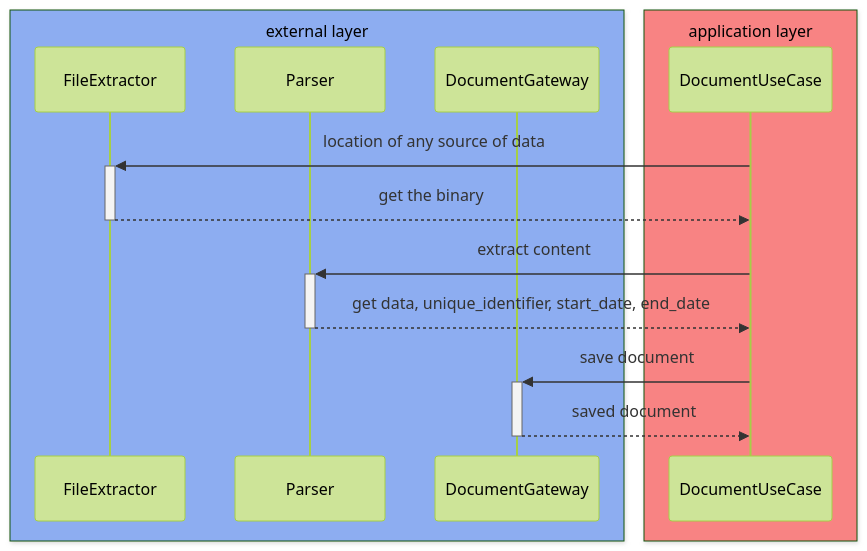
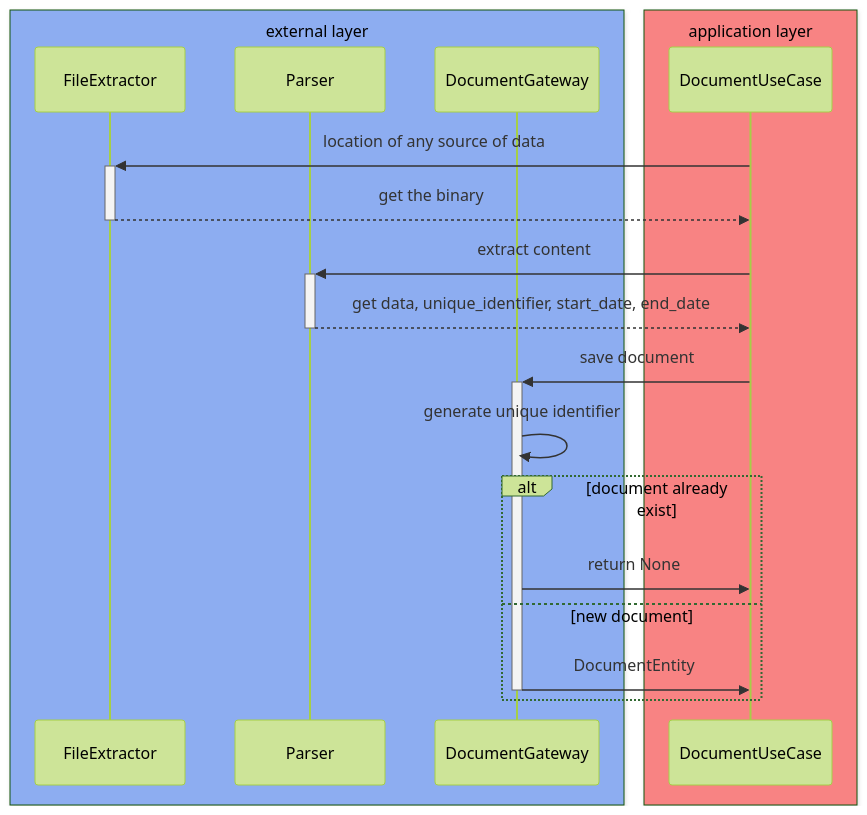
One commit to josueelias9/improving-BCP-organizate changed the first of 2 diagrams in new-service/src/Capplication/README.md. Above: the diagram before and after it, drawn with Mermaid (forest theme). The commit also changed other lines of this file and 6 other files, not shown here.

````diff
--- a/new-service/src/Capplication/README.md
+++ b/new-service/src/Capplication/README.md
@@ -3,23 +3,28 @@
 ```mermaid
 sequenceDiagram
     box rgb(141, 173, 241) external layer
     participant FileExtractor
     participant Parser
     participant DocumentGateway
     end
 
     box rgb(248, 131, 131) application layer
     participant DocumentUseCase
     end
     
     DocumentUseCase->>+FileExtractor: location of any source of data
     FileExtractor-->>-DocumentUseCase: get the binary
 
     DocumentUseCase->>+Parser: extract content
     Parser-->>-DocumentUseCase: get data, unique_identifier, start_date, end_date
 
     DocumentUseCase->>+DocumentGateway: save document
-    DocumentGateway-->>-DocumentUseCase: saved document
+    DocumentGateway->>DocumentGateway: generate unique identifier
+    alt document already exist
+    DocumentGateway->>DocumentUseCase: return None
+    else new document
+    DocumentGateway->>-DocumentUseCase: DocumentEntity
 
+    end
 
 ```
````
